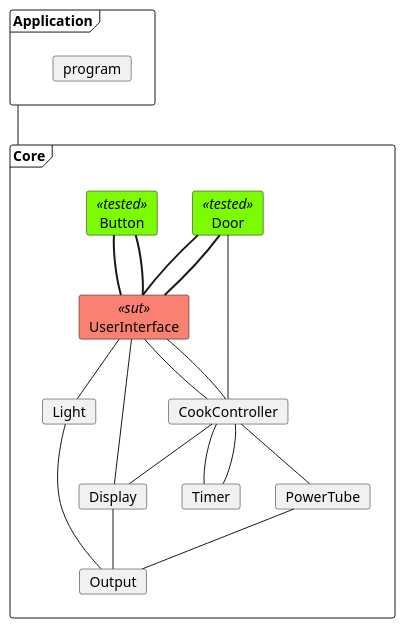
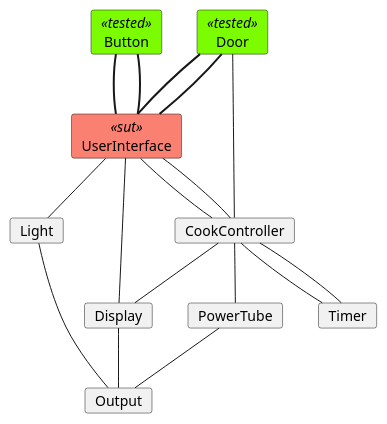
One commit to mikkel-ol/I4SWT-MicrowaveOven changed the diagram in docs/SysTestTree1.plantuml. Above: the diagram before and after it, drawn with PlantUML. The commit also changed 2 other files, not shown here.

Commit message:
Update plan diagrams to frameless

```diff
--- a/docs/SysTestTree1.plantuml
+++ b/docs/SysTestTree1.plantuml
@@ -1,74 +1,67 @@
 @startuml IT01-Sut
 
 'Testing colors:
 skinparam card{
     backgroundColor<<tested>> lawngreen
     backgroundColor<<sut>> salmon
     backgroundColor<<test>> salmon
     backgroundColor<<fake>> gold
 }
 
-frame Application{
-    card program
-}
 
-frame Core{
 '0.
     card Door<<tested>>
     card Button<<tested>>
 
 '1.
     card UserInterface<<sut>>
 
 '2.
     card CookController
     card Light
 
 '3.
     card Timer
     card PowerTube
     card Display
 
 '4 
     card Output
 
-
-}
-Application -- Core
 
 'Relations projects
 ' 0. to 1.
 Door -[thickness=2]- UserInterface
 Door -[thickness=2]- UserInterface
 
 Button -[thickness=2]- UserInterface
 Button -[thickness=2]- UserInterface
 
 
 'Relations CookController:
 '1.
 UserInterface -- CookController
 UserInterface -- CookController
 '1. to 2.
 Door -- CookController
 
 
 CookController -- PowerTube
 
 '1. to 2.
 UserInterface -- Display
 UserInterface -- Light
 CookController -- Display
 
 CookController -- Timer
 CookController -- Timer 
 
 
 ' Relations 2. to 3.
 Light -- Output
 Display -- Output
 PowerTube -- Output
 
 
 
 @enduml
```
